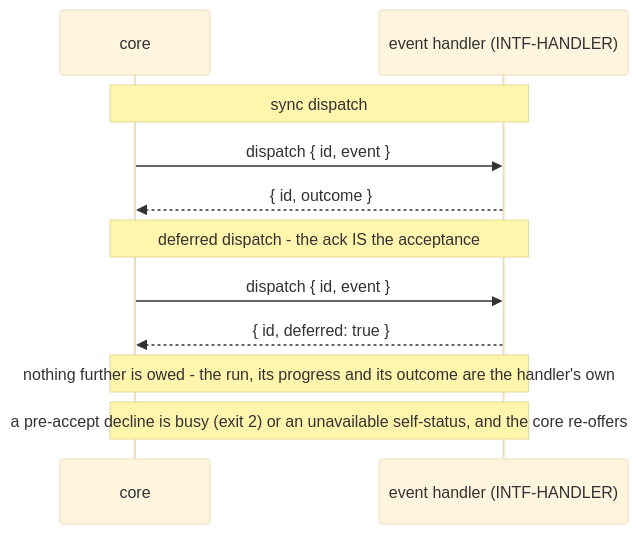
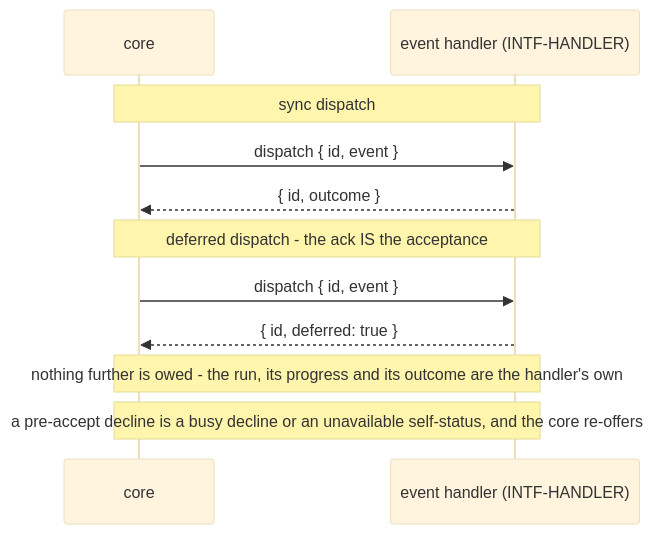
The fourth of 7 diagrams in packages/pr-pool/docs/behavior/interfaces.md (phillipgreenii/nix-agent-support), drawn with Mermaid (base theme) before and after one commit. The commit also changed other lines of this file and 9 other files, not shown here.

````diff
--- a/packages/pr-pool/docs/behavior/interfaces.md
+++ b/packages/pr-pool/docs/behavior/interfaces.md
@@ -348,13 +333,13 @@
 ```mermaid
 sequenceDiagram
     participant Core as core
     participant H as event handler (INTF-HANDLER)
     Note over Core,H: sync dispatch
     Core->>H: dispatch { id, event }
     H-->>Core: { id, outcome }
     Note over Core,H: deferred dispatch - the ack IS the acceptance
     Core->>H: dispatch { id, event }
     H-->>Core: { id, deferred: true }
     Note over Core,H: nothing further is owed - the run, its progress and its outcome are the handler's own
-    Note over Core,H: a pre-accept decline is busy (exit 2) or an unavailable self-status, and the core re-offers
+    Note over Core,H: a pre-accept decline is a busy decline or an unavailable self-status, and the core re-offers
 ```
````
